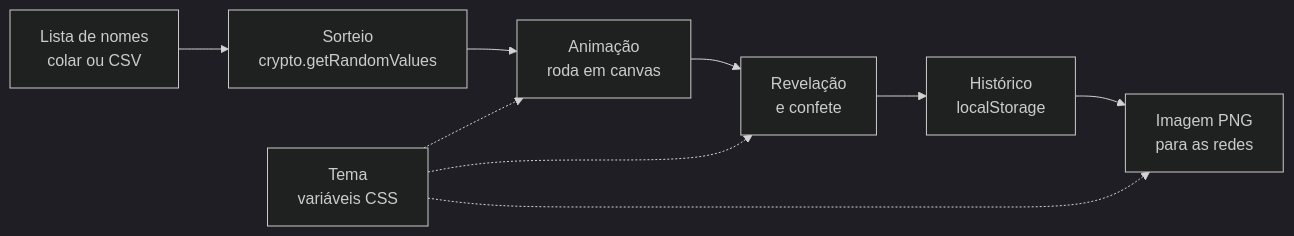
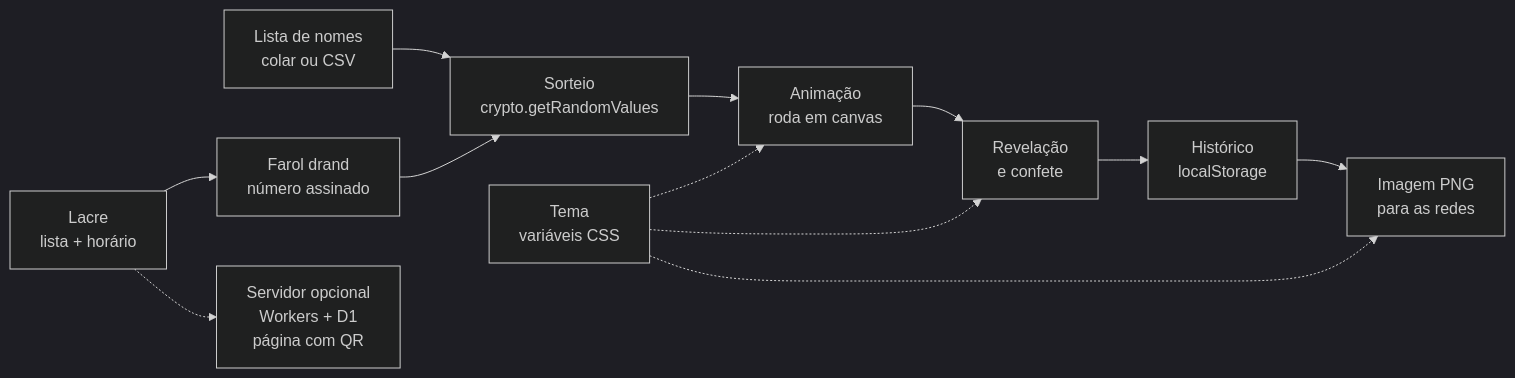
Before and after one commit to kafeltz/prototipo-sorteador: the diagram in APRESENTACAO.md, drawn with Mermaid (dark theme). The commit also changed other lines of this file, not shown here.

First line of the commit message:
Roteiro do Show & Tell para a versão nova: lacre na abertura, sorteio ao vivo

````diff
--- a/APRESENTACAO.md
+++ b/APRESENTACAO.md
@@ -61,11 +80,14 @@
 ```mermaid
 flowchart LR
     A[Lista de nomes<br>colar ou CSV] --> B[Sorteio<br>crypto.getRandomValues]
     B --> C[Animação<br>roda em canvas]
     C --> D[Revelação<br>e confete]
     D --> E[Histórico<br>localStorage]
     E --> F[Imagem PNG<br>para as redes]
     T[Tema<br>variáveis CSS] -.-> C
     T -.-> D
     T -.-> F
+    L[Lacre<br>lista + horário] --> FA[Farol drand<br>número assinado]
+    FA --> B
+    L -.-> S[Servidor opcional<br>Workers + D1<br>página com QR]
 ```
````
